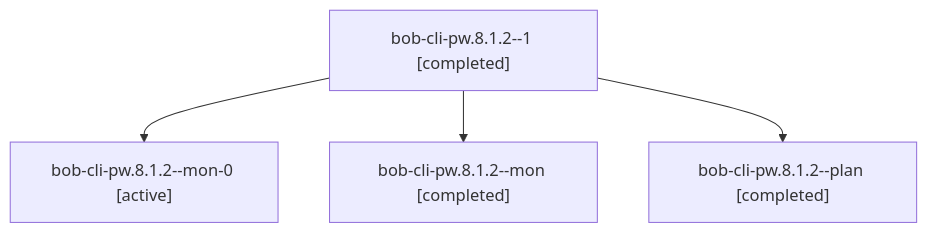
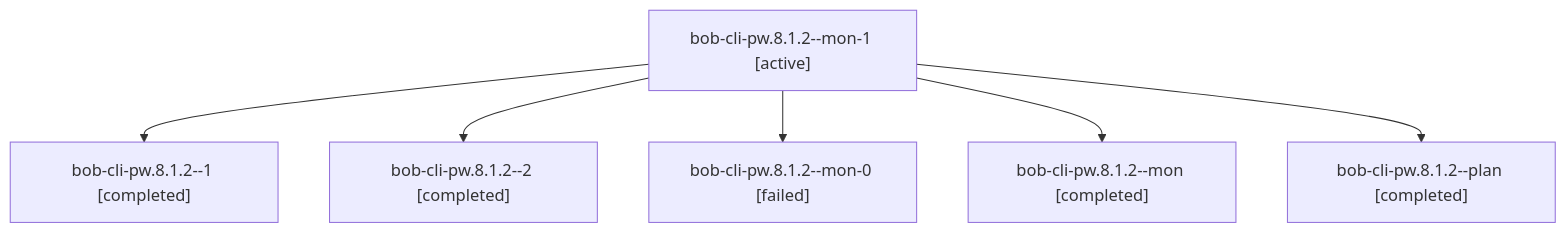
The diagram in sessions/bbugyi200.apollo.bob-cli-pw.8.1.2.md (bobs-org/bob-cli--agents), drawn with Mermaid before and after one commit. The commit also changed other lines of this file and 85 other files, not shown here.

````diff
--- a/sessions/bbugyi200.apollo.bob-cli-pw.8.1.2.md
+++ b/sessions/bbugyi200.apollo.bob-cli-pw.8.1.2.md
@@ -9,10 +9,14 @@
 ```mermaid
 flowchart TD
-  n0["bob-cli-pw.8.1.2--1 [completed]"]
-  n1["bob-cli-pw.8.1.2--mon-0 [active]"]
+  n0["bob-cli-pw.8.1.2--mon-1 [active]"]
+  n1["bob-cli-pw.8.1.2--1 [completed]"]
   n0 --> n1
-  n2["bob-cli-pw.8.1.2--mon [completed]"]
+  n2["bob-cli-pw.8.1.2--2 [completed]"]
   n0 --> n2
-  n3["bob-cli-pw.8.1.2--plan [completed]"]
+  n3["bob-cli-pw.8.1.2--mon-0 [failed]"]
   n0 --> n3
+  n4["bob-cli-pw.8.1.2--mon [completed]"]
+  n0 --> n4
+  n5["bob-cli-pw.8.1.2--plan [completed]"]
+  n0 --> n5
 ```
````
